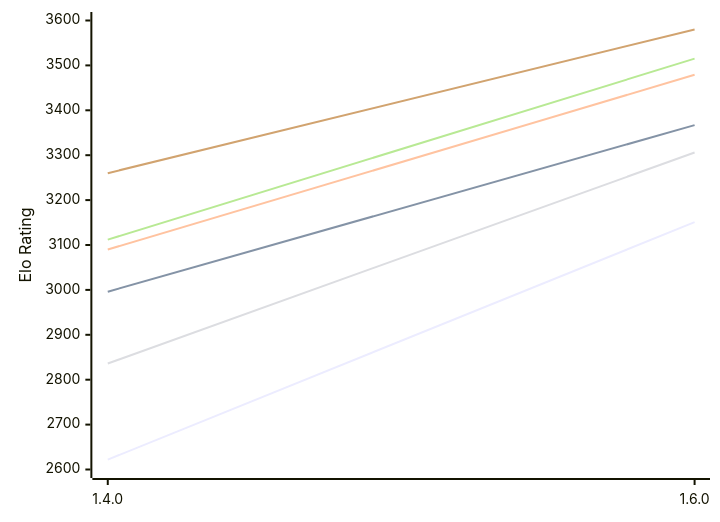
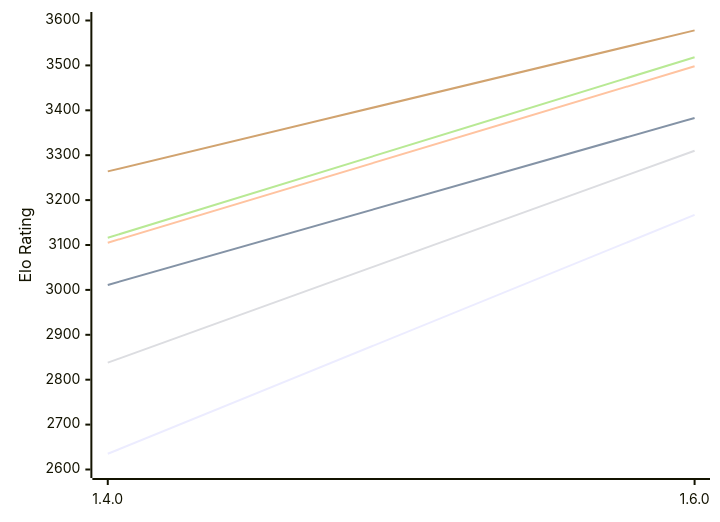
The first of 2 diagrams in engines/Gyatso.md (computer-chess-index/cci), drawn with Mermaid before and after one commit. The commit also changed other lines of this file, not shown here.

Commit message:
Update CCI Ratings (ELO VLTC) - 2026-10-22

````diff
--- a/engines/Gyatso.md
+++ b/engines/Gyatso.md
@@ -53,12 +53,12 @@
 ```mermaid
 %%{init: {"theme":"base","themeVariables":{"seriesColors:['#a3a3a3','#222221','#faa371']}}}%%
 xychart-beta
   x-axis ["1.4.0", "1.6.0"]
   y-axis "Elo Rating" 2600 --> 3600
-  line "E1: STC (8.0+0.08s)" [2622, 3151]
-  line "E1: LTC (60.0+0.60s)" [2996, 3367]
-  line "E1: VLTC (2m24s+1.12s)" [3090, 3479]
-  line "P1: STC (8.0+0.08s)" [2836, 3306]
-  line "P1: LTC (60.0+0.60s)" [3112, 3515]
-  line "P1: VLTC (2m24s+1.12s)" [3260, 3580]
+  line "E1: STC (8.0+0.08s)" [2635, 3167]
+  line "E1: LTC (60.0+0.60s)" [3011, 3383]
+  line "E1: VLTC (2m24s+1.12s)" [3105, 3498]
+  line "P1: STC (8.0+0.08s)" [2838, 3310]
+  line "P1: LTC (60.0+0.60s)" [3116, 3518]
+  line "P1: VLTC (2m24s+1.12s)" [3264, 3578]
 ```
````
